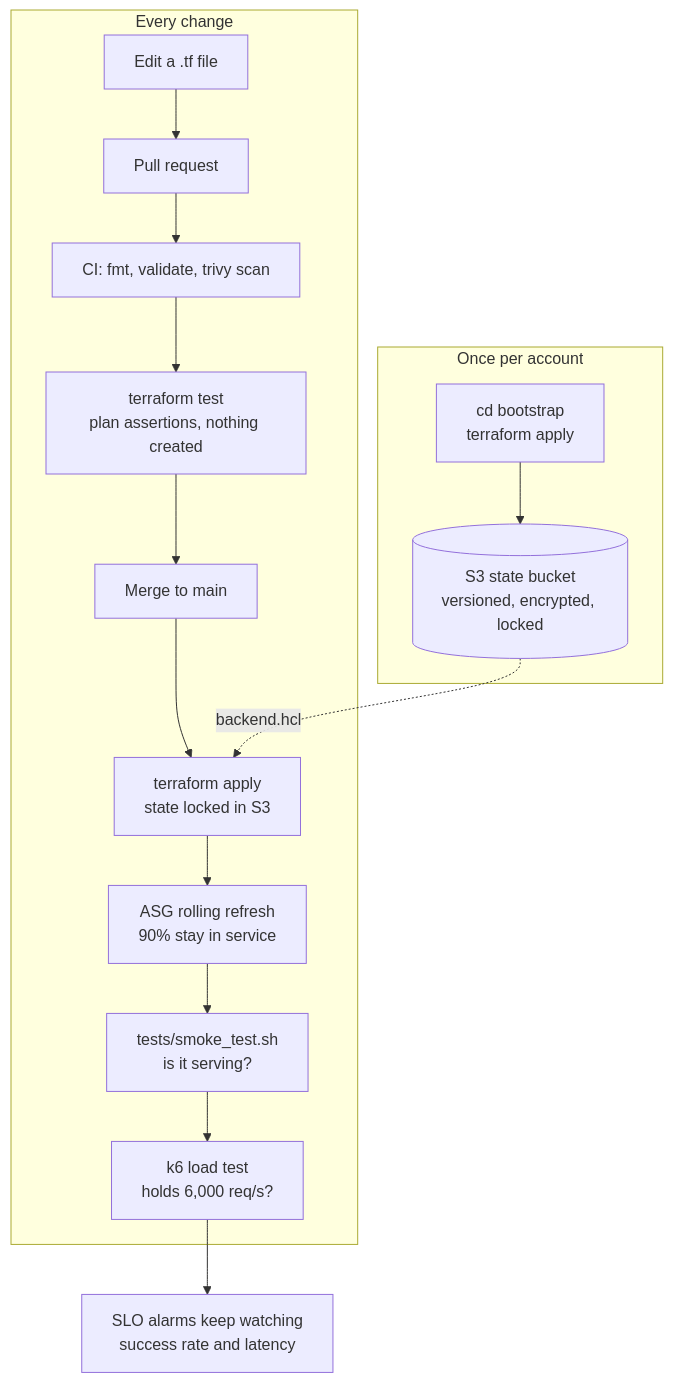
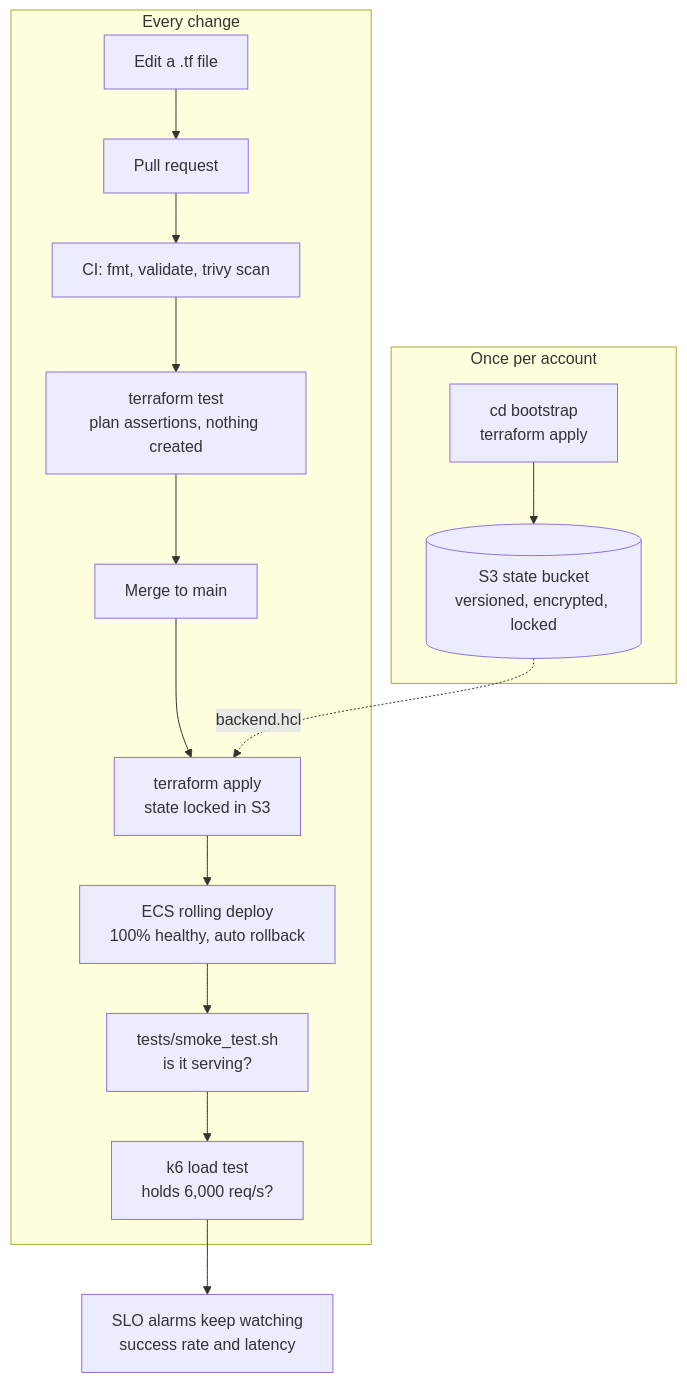
The second of 2 diagrams in README.md (tg-arun/classroom-attendance-infra), drawn with Mermaid before and after one commit. The commit also changed other lines of this file and 1 other file, not shown here.

Commit message:
Rewrite the docs and diagrams for Fargate

````diff
--- a/README.md
+++ b/README.md
@@ -66,26 +67,26 @@
 ```mermaid
 flowchart TB
     subgraph once["Once per account"]
         b1["cd bootstrap<br/>terraform apply"]
         b2[("S3 state bucket<br/>versioned, encrypted, locked")]
         b1 --> b2
     end
 
     subgraph change["Every change"]
         c1["Edit a .tf file"]
         c2["Pull request"]
         c3["CI: fmt, validate, trivy scan"]
         c4["terraform test<br/>plan assertions, nothing created"]
         c5["Merge to main"]
         c6["terraform apply<br/>state locked in S3"]
-        c7["ASG rolling refresh<br/>90% stay in service"]
+        c7["ECS rolling deploy<br/>100% healthy, auto rollback"]
         c8["tests/smoke_test.sh<br/>is it serving?"]
         c9["k6 load test<br/>holds 6,000 req/s?"]
         c1 --> c2 --> c3 --> c4 --> c5 --> c6 --> c7 --> c8 --> c9
     end
 
     slo["SLO alarms keep watching<br/>success rate and latency"]
 
     b2 -.->|"backend.hcl"| c6
     c9 --> slo
 ```
````
